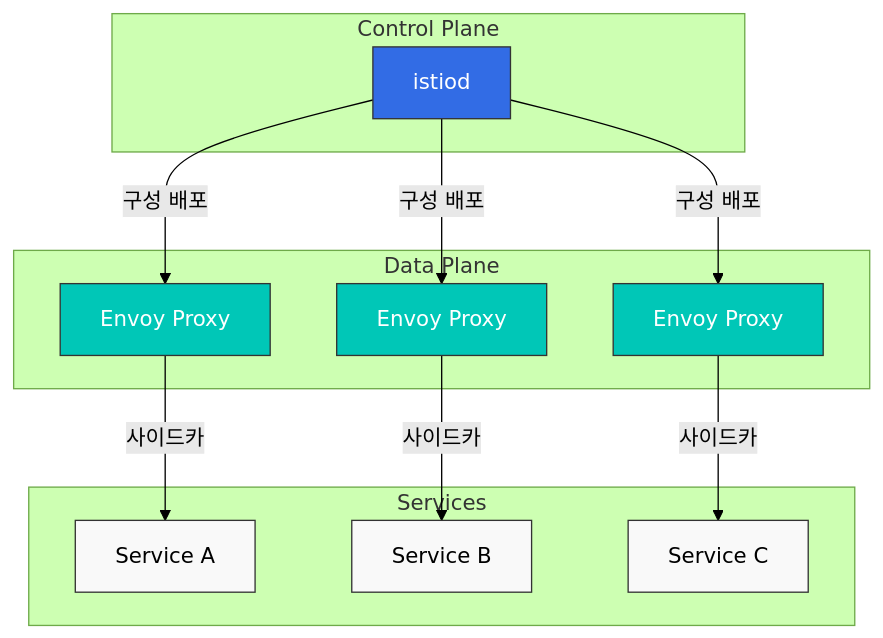
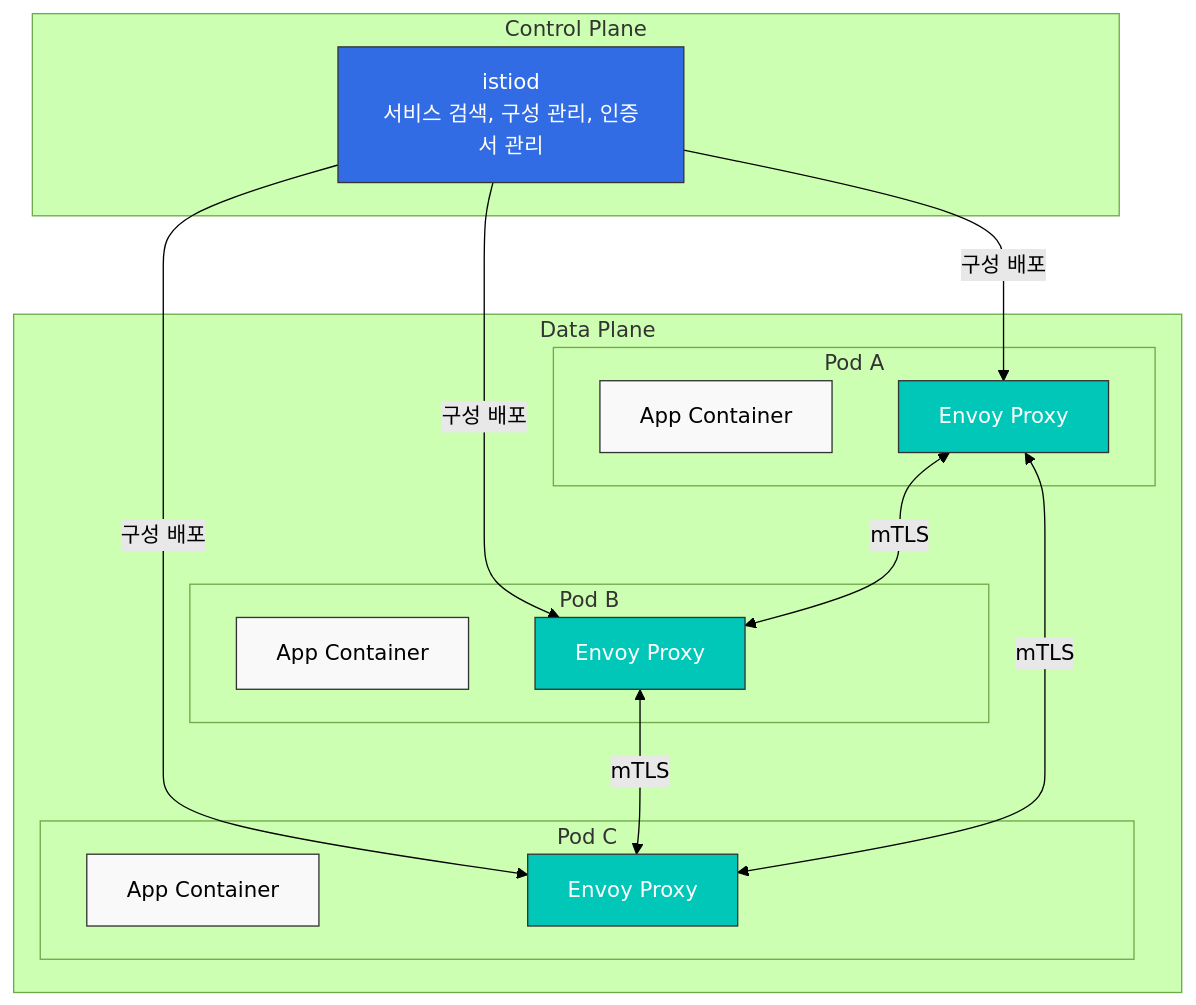
The diagram in tools/02-istio.md (Atom-oh/kubernetes-docs), drawn with Mermaid (forest theme) before and after one commit. The commit also changed other lines of this file and 42 other files, not shown here.

````diff
--- a/tools/02-istio.md
+++ b/tools/02-istio.md
@@ -75,38 +81,41 @@
 ```mermaid
-flowchart TD
-    subgraph "Control Plane"
-        A[istiod]
+flowchart TB
+    subgraph ControlPlane[Control Plane]
+        Istiod[istiod<br/>서비스 검색, 구성 관리, 인증서 관리]
     end
-    
-    subgraph "Data Plane"
-        B[Envoy Proxy]
-        C[Envoy Proxy]
-        D[Envoy Proxy]
+
+    subgraph DataPlane[Data Plane]
+        subgraph Pod1[Pod A]
+            App1[App Container]
+            Proxy1[Envoy Proxy]
+        end
+
+        subgraph Pod2[Pod B]
+            App2[App Container]
+            Proxy2[Envoy Proxy]
+        end
+
+        subgraph Pod3[Pod C]
+            App3[App Container]
+            Proxy3[Envoy Proxy]
+        end
     end
-    
-    subgraph "Services"
-        E[Service A]
-        F[Service B]
-        G[Service C]
-    end
-    
-    A -->|구성 배포| B
-    A -->|구성 배포| C
-    A -->|구성 배포| D
-    
-    B -->|사이드카| E
-    C -->|사이드카| F
-    D -->|사이드카| G
-    
+
+    Istiod -->|구성 배포| Proxy1
+    Istiod -->|구성 배포| Proxy2
+    Istiod -->|구성 배포| Proxy3
+
+    Proxy1 <-->|mTLS| Proxy2
+    Proxy2 <-->|mTLS| Proxy3
+    Proxy1 <-->|mTLS| Proxy3
+
     %% 스타일 정의
-    classDef awsService fill:#FF9900,stroke:#333,stroke-width:1px,color:black;
-    classDef k8sComponent fill:#326CE5,stroke:#333,stroke-width:1px,color:white;
-    classDef userApp fill:#00C7B7,stroke:#333,stroke-width:1px,color:white;
-    classDef dataStore fill:#3B48CC,stroke:#333,stroke-width:1px,color:white;
-    classDef default fill:#f9f9f9,stroke:#333,stroke-width:1px,color:black;
-    
+    classDef controlPlane fill:#326CE5,stroke:#333,stroke-width:1px,color:white;
+    classDef dataPlane fill:#00C7B7,stroke:#333,stroke-width:1px,color:white;
+    classDef app fill:#f9f9f9,stroke:#333,stroke-width:1px,color:black;
+
     %% 클래스 적용
-    class A k8sComponent
-    class B,C,D userApp
-    class E,F,G default
+    class Istiod controlPlane;
+    class Proxy1,Proxy2,Proxy3 dataPlane;
+    class App1,App2,App3 app;
 ```
````
